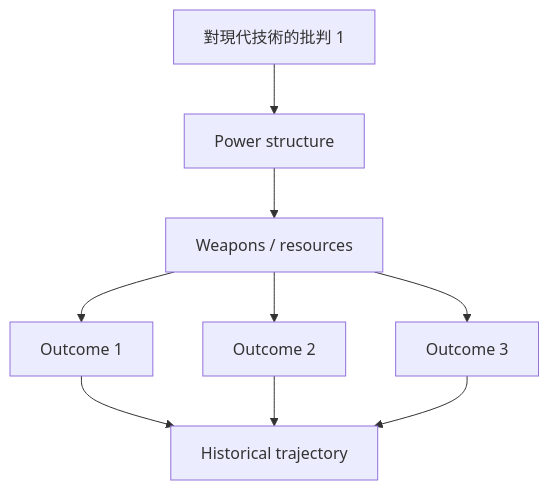
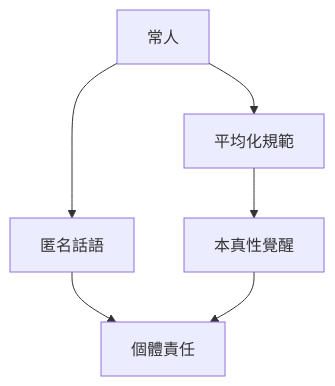
The third of 10 diagrams in 02_Harvard_Courses/Fall_Courses/Hist83_Heidegger.md (yip-lgtm/HKU-Harvard-History-Self-Study), drawn with Mermaid before and after one commit. The commit also changed other lines of this file and 15 other files, not shown here.

````diff
--- a/02_Harvard_Courses/Fall_Courses/Hist83_Heidegger.md
+++ b/02_Harvard_Courses/Fall_Courses/Hist83_Heidegger.md
@@ -185,11 +141,8 @@
 ```mermaid
 graph TD
-    A[對現代技術的批判 1] --> B[Power structure]
-    B --> C[Weapons / resources]
-    C --> D[Outcome 1]
-    C --> E[Outcome 2]
-    C --> F[Outcome 3]
-    D --> G[Historical trajectory]
-    E --> G
-    F --> G
+    A[常人] --> B[匿名話語]
+    A --> C[平均化規範]
+    C --> D[本真性覺醒]
+    B --> E[個體責任]
+    D --> E
 ```
````
